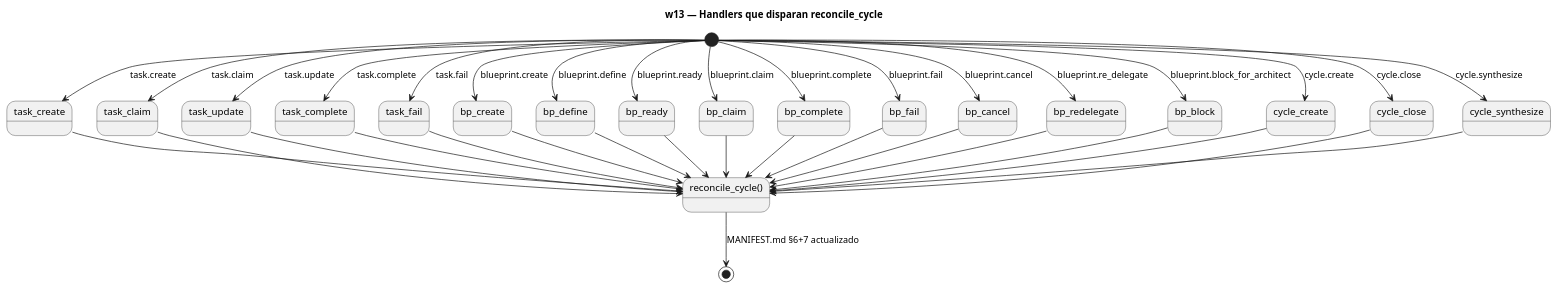
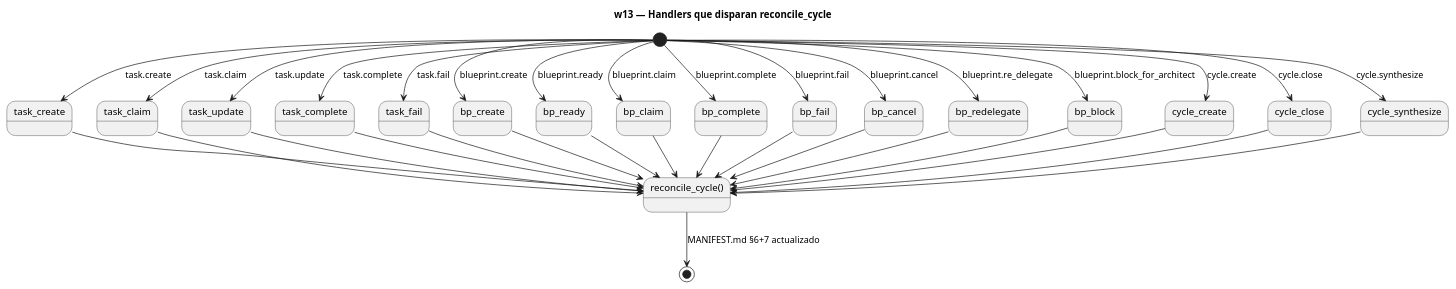
One commit to FidelErnesto03/arqux changed the second of 2 diagrams in src/arqux/skills/workflows/w13-reconcile-down-top.md. Above: the diagram before and after it, drawn with PlantUML. The commit also changed other lines of this file and 29 other files, not shown here.

````diff
--- a/src/arqux/skills/workflows/w13-reconcile-down-top.md
+++ b/src/arqux/skills/workflows/w13-reconcile-down-top.md
@@ -65,47 +65,45 @@
 ```puml
 @startuml
 title w13 — Handlers que disparan reconcile_cycle
 
 [*] --> task_create : task.create
 [*] --> task_claim : task.claim
 [*] --> task_update : task.update
 [*] --> task_complete : task.complete
 [*] --> task_fail : task.fail
 
 [*] --> bp_create : blueprint.create
-[*] --> bp_define : blueprint.define
 [*] --> bp_ready : blueprint.ready
 [*] --> bp_claim : blueprint.claim
 [*] --> bp_complete : blueprint.complete
 [*] --> bp_fail : blueprint.fail
 [*] --> bp_cancel : blueprint.cancel
 [*] --> bp_redelegate : blueprint.re_delegate
 [*] --> bp_block : blueprint.block_for_architect
 
 [*] --> cycle_create : cycle.create
 [*] --> cycle_close : cycle.close
 [*] --> cycle_synthesize : cycle.synthesize
 
 state "reconcile_cycle()" as RECONCILE
 task_create --> RECONCILE
 task_claim --> RECONCILE
 task_update --> RECONCILE
 task_complete --> RECONCILE
 task_fail --> RECONCILE
 bp_create --> RECONCILE
-bp_define --> RECONCILE
 bp_ready --> RECONCILE
 bp_claim --> RECONCILE
 bp_complete --> RECONCILE
 bp_fail --> RECONCILE
 bp_cancel --> RECONCILE
 bp_redelegate --> RECONCILE
 bp_block --> RECONCILE
 cycle_create --> RECONCILE
 cycle_close --> RECONCILE
 cycle_synthesize --> RECONCILE
 
 RECONCILE --> [*] : MANIFEST.md §6+7 actualizado
 
 @enduml
 ```
````
